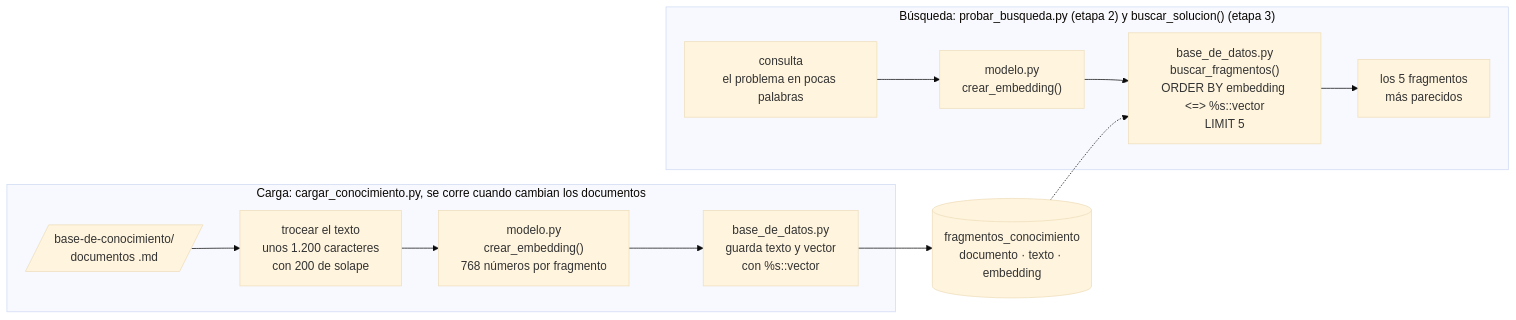
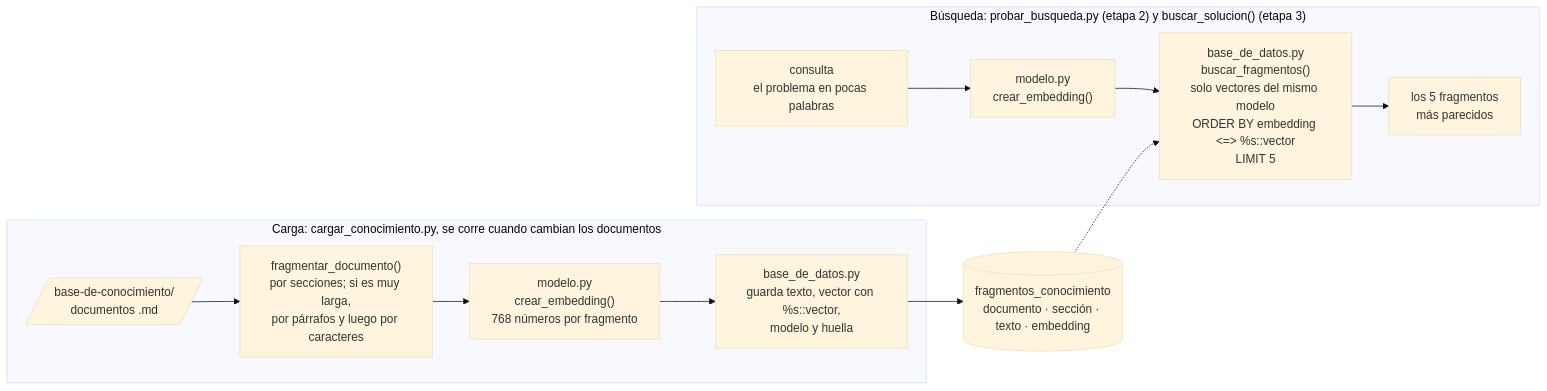
One commit to edgardo001/ai-agent-manager-estudio-aiam-certiprof-studio changed the fifth of 5 diagrams in estudio/proyecto-agente/agente-soporte-n1/docs/diagramas-del-codigo.md. Above: the diagram before and after it, drawn with Mermaid (base theme). The commit also changed other lines of this file and 9 other files, not shown here.

````diff
--- a/estudio/proyecto-agente/agente-soporte-n1/docs/diagramas-del-codigo.md
+++ b/estudio/proyecto-agente/agente-soporte-n1/docs/diagramas-del-codigo.md
@@ -202,20 +285,20 @@
 ```mermaid
 flowchart LR
     subgraph CARGA["Carga: cargar_conocimiento.py, se corre cuando cambian los documentos"]
         DOCS[/"base-de-conocimiento/<br/>documentos .md"/]
-        TRO["trocear el texto<br/>unos 1.200 caracteres<br/>con 200 de solape"]
+        TRO["fragmentar_documento()<br/>por secciones; si es muy larga,<br/>por párrafos y luego por caracteres"]
         EMB["modelo.py<br/>crear_embedding()<br/>768 números por fragmento"]
-        INS["base_de_datos.py<br/>guarda texto y vector<br/>con %s::vector"]
+        INS["base_de_datos.py<br/>guarda texto, vector con %s::vector,<br/>modelo y huella"]
         DOCS --> TRO --> EMB --> INS
     end
-    TABLA[("fragmentos_conocimiento<br/>documento · texto · embedding")]
+    TABLA[("fragmentos_conocimiento<br/>documento · sección · texto · embedding")]
     subgraph BUSQ["Búsqueda: probar_busqueda.py (etapa 2) y buscar_solucion() (etapa 3)"]
         CON["consulta<br/>el problema en pocas palabras"]
         EMQ["modelo.py<br/>crear_embedding()"]
-        BUS["base_de_datos.py<br/>buscar_fragmentos()<br/>ORDER BY embedding &lt;=&gt; %s::vector<br/>LIMIT 5"]
+        BUS["base_de_datos.py<br/>buscar_fragmentos()<br/>solo vectores del mismo modelo<br/>ORDER BY embedding &lt;=&gt; %s::vector<br/>LIMIT 5"]
         RES["los 5 fragmentos<br/>más parecidos"]
         CON --> EMQ --> BUS --> RES
     end
     INS --> TABLA
     TABLA -.-> BUS
 ```
````
